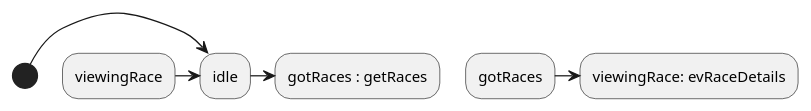
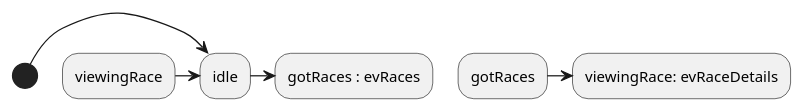
Before and after one commit to burnsy-simple/wacky-races: the diagram in designs/states.wsd, drawn with PlantUML. The commit also changed 5 other files, not shown here.

```diff
--- a/designs/states.wsd
+++ b/designs/states.wsd
@@ -1,6 +1,6 @@
 @startuml
 (*) -> idle
-idle -> gotRaces : getRaces
+idle -> gotRaces : evRaces
 gotRaces -> viewingRace: evRaceDetails
 viewingRace -> idle
 @enduml
```
